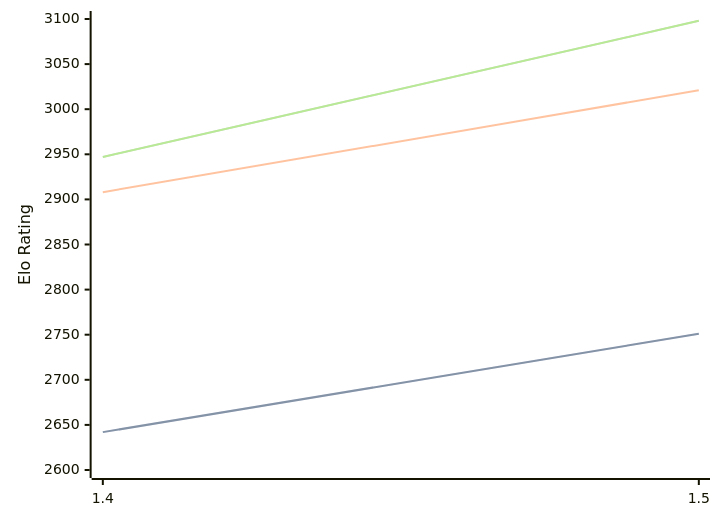
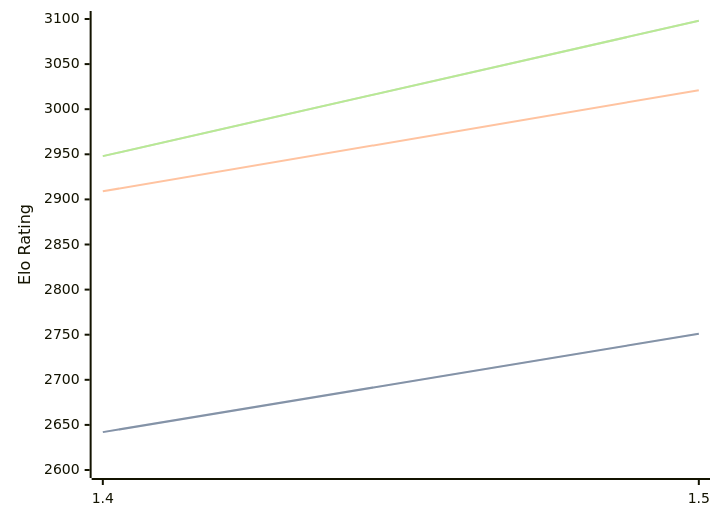
One commit to computer-chess-index/cci changed the first of 3 diagrams in engines/Yakka.md. Above: the diagram before and after it, drawn with Mermaid. The commit also changed other lines of this file, not shown here.

Commit message:
Update CCI Ratings (ELO VLTC) - 2026-07-04

````diff
--- a/engines/Yakka.md
+++ b/engines/Yakka.md
@@ -36,11 +36,11 @@
 ```mermaid
 %%{init: {"theme":"base","themeVariables":{"seriesColors:['#a3a3a3','#222221','#faa371']}}}%%
 xychart-beta
   x-axis ["1.4", "1.5"]
   y-axis "Elo Rating" 2600 --> 3100
   line "STC (8.0+0.08s)" [2642, 2751]
   line "STC (8.0+0.08s)" [2642, 2751]
-  line "LTC (60.0+0.60s)" [2908, 3021]
-  line "VLTC (2m24s+1.12s)" [2947, 3098]
-  line "VLTC (2m24s+1.12s)" [2947, 3098]
+  line "LTC (60.0+0.60s)" [2909, 3021]
+  line "VLTC (2m24s+1.12s)" [2948, 3098]
+  line "VLTC (2m24s+1.12s)" [2948, 3098]
 ```
````
